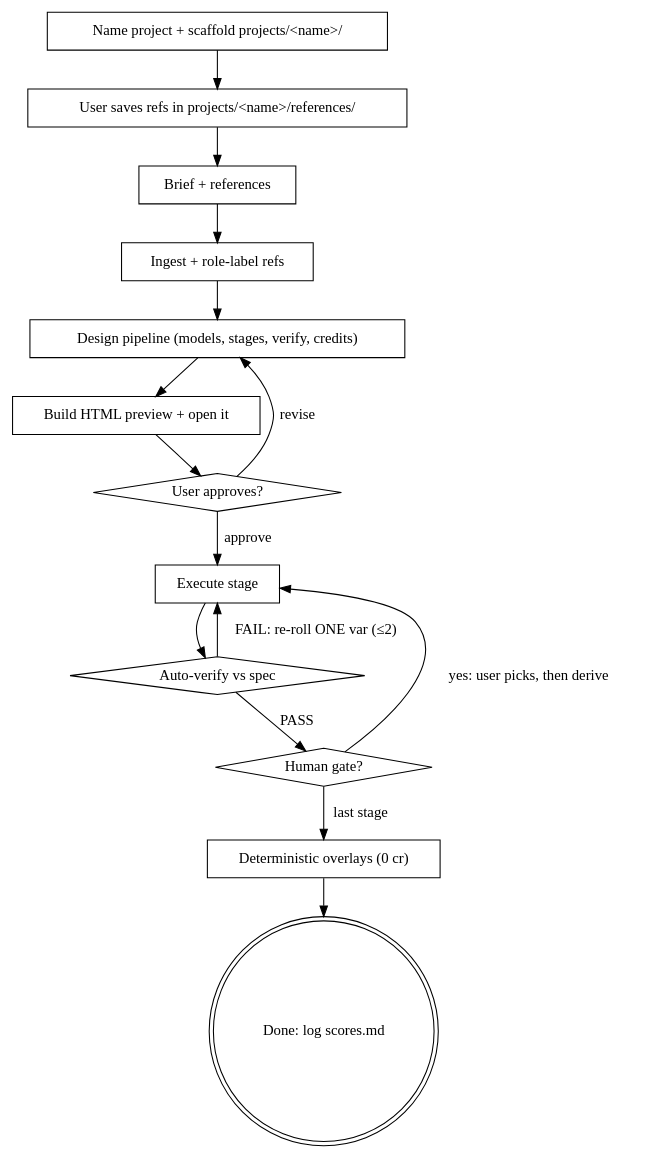
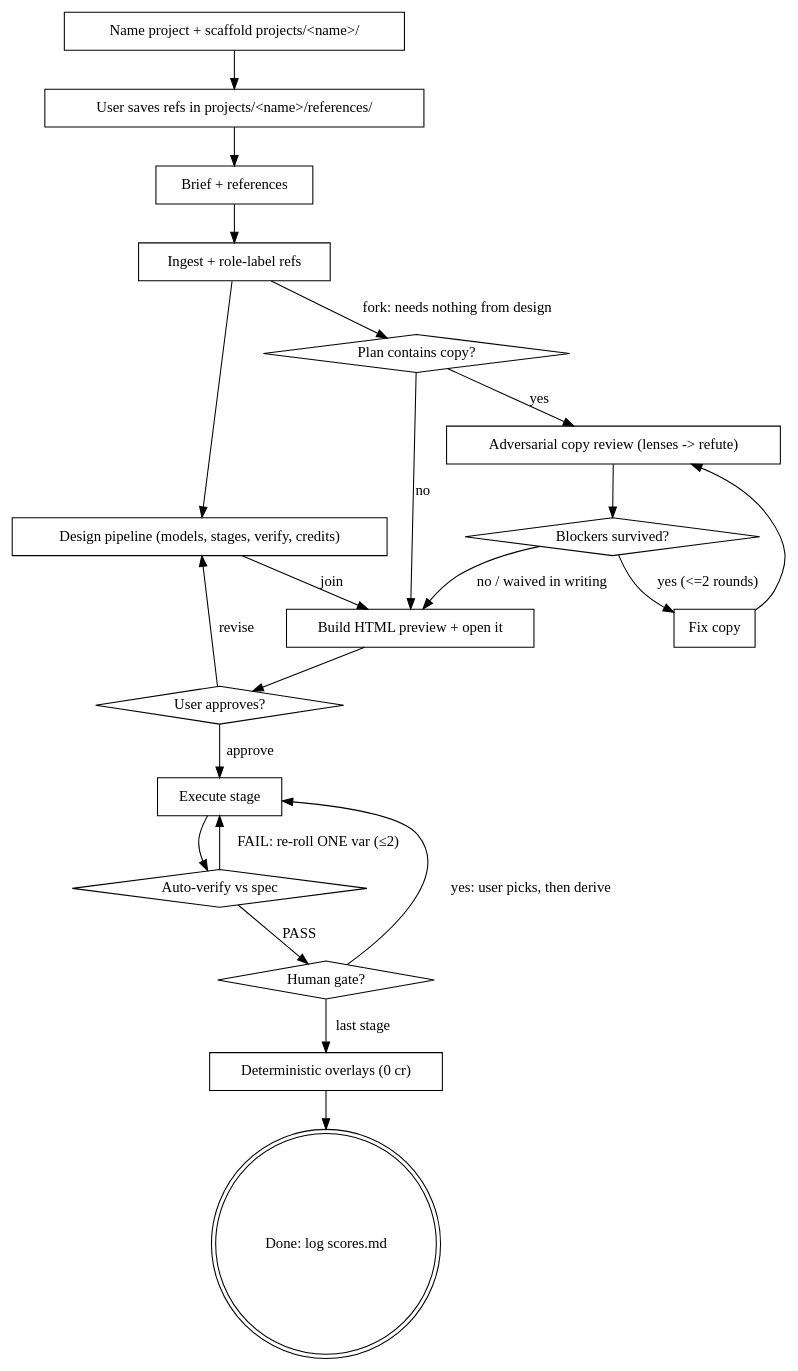
The diagram in plugins/higgsfield-brief-to-pipeline/skills/higgsfield-brief-to-pipeline/SKILL.md (lucasyhzhu-debug/higgsfield-brief-to-pipeline), drawn with Graphviz before and after one commit. The commit also changed other lines of this file and 8 other files, not shown here.

````diff
--- a/plugins/higgsfield-brief-to-pipeline/skills/higgsfield-brief-to-pipeline/SKILL.md
+++ b/plugins/higgsfield-brief-to-pipeline/skills/higgsfield-brief-to-pipeline/SKILL.md
@@ -114,27 +133,41 @@
 ```dot
 digraph wf {
   "Name project + scaffold projects/<name>/" [shape=box];
   "User saves refs in projects/<name>/references/" [shape=box];
   "Brief + references" [shape=box];
   "Ingest + role-label refs" [shape=box];
   "Design pipeline (models, stages, verify, credits)" [shape=box];
+  "Plan contains copy?" [shape=diamond];
+  "Adversarial copy review (lenses -> refute)" [shape=box];
+  "Blockers survived?" [shape=diamond];
+  "Fix copy" [shape=box];
   "Build HTML preview + open it" [shape=box];
   "User approves?" [shape=diamond];
   "Execute stage" [shape=box];
   "Auto-verify vs spec" [shape=diamond];
   "Human gate?" [shape=diamond];
   "Deterministic overlays (0 cr)" [shape=box];
   "Done: log scores.md" [shape=doublecircle];
 
   "Name project + scaffold projects/<name>/" -> "User saves refs in projects/<name>/references/" -> "Brief + references";
-  "Brief + references" -> "Ingest + role-label refs" -> "Design pipeline (models, stages, verify, credits)" -> "Build HTML preview + open it" -> "User approves?";
+  "Brief + references" -> "Ingest + role-label refs";
+  "Ingest + role-label refs" -> "Design pipeline (models, stages, verify, credits)";
+  "Ingest + role-label refs" -> "Plan contains copy?" [label="fork: needs nothing from design"];
+  "Plan contains copy?" -> "Adversarial copy review (lenses -> refute)" [label="yes"];
+  "Plan contains copy?" -> "Build HTML preview + open it" [label="no"];
+  "Adversarial copy review (lenses -> refute)" -> "Blockers survived?";
+  "Blockers survived?" -> "Fix copy" [label="yes (<=2 rounds)"];
+  "Fix copy" -> "Adversarial copy review (lenses -> refute)";
+  "Blockers survived?" -> "Build HTML preview + open it" [label="no / waived in writing"];
+  "Design pipeline (models, stages, verify, credits)" -> "Build HTML preview + open it" [label="join"];
+  "Build HTML preview + open it" -> "User approves?";
   "User approves?" -> "Design pipeline (models, stages, verify, credits)" [label="revise"];
   "User approves?" -> "Execute stage" [label="approve"];
   "Execute stage" -> "Auto-verify vs spec";
   "Auto-verify vs spec" -> "Execute stage" [label="FAIL: re-roll ONE var (≤2)"];
   "Auto-verify vs spec" -> "Human gate?" [label="PASS"];
   "Human gate?" -> "Execute stage" [label="yes: user picks, then derive"];
   "Human gate?" -> "Deterministic overlays (0 cr)" [label="last stage"];
   "Deterministic overlays (0 cr)" -> "Done: log scores.md";
 }
 ```
````
